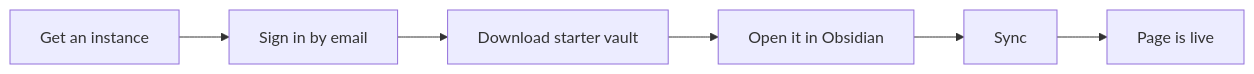
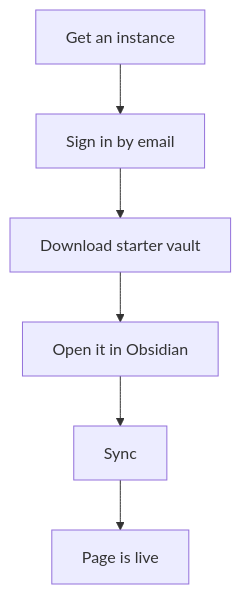
Before and after one commit to trip2g/trip2g: the diagram in docs/en/user/getting-started.md, drawn with Mermaid. The commit also changed 1 other file, not shown here.

Commit message:
docs(getting-started): vertical mermaid flowchart (EN+RU)

````diff
--- a/docs/en/user/getting-started.md
+++ b/docs/en/user/getting-started.md
@@ -12,8 +12,8 @@
 ```mermaid
-flowchart LR
+flowchart TD
     A[Get an instance] --> B[Sign in by email]
     B --> C[Download starter vault]
     C --> D[Open it in Obsidian]
     D --> E[Sync]
     E --> F[Page is live]
 ```
````
